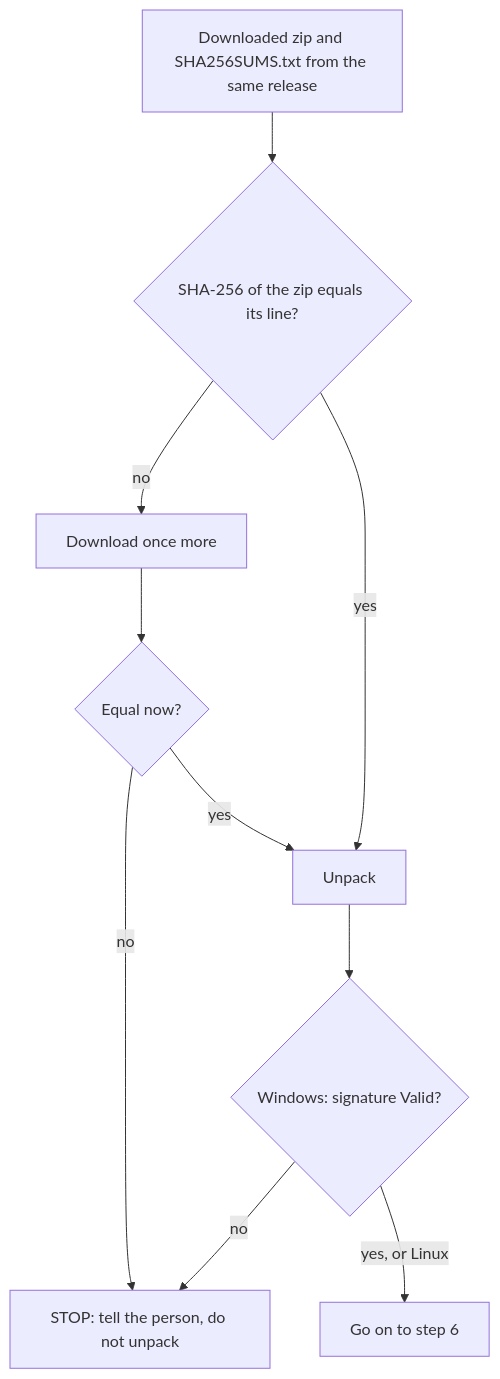
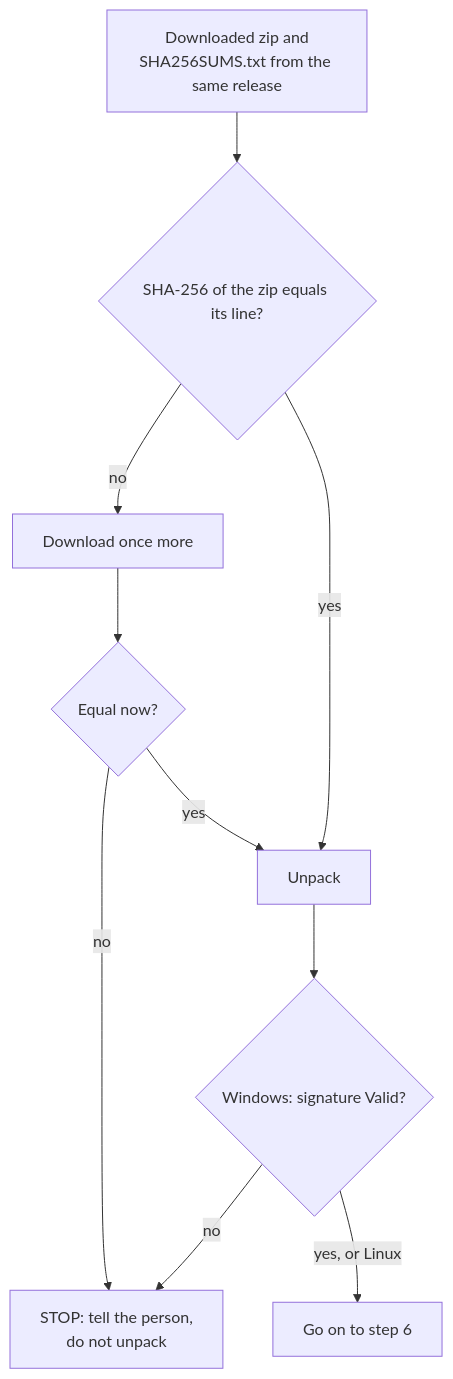
The diagram in docs/AGENT_INSTALL.md (DogmaSolutions/Kyklos), drawn with Mermaid before and after one commit. The commit also changed 38 other files, not shown here.

````diff
--- a/docs/AGENT_INSTALL.md
+++ b/docs/AGENT_INSTALL.md
@@ -293,12 +293,12 @@
 ```mermaid
 flowchart TD
-    D["Downloaded zip and SHA256SUMS.txt from the same release"] --> H{"SHA-256 of the zip equals its line?"}
+    D["Downloaded zip and<br/>SHA256SUMS.txt from the same release"] --> H{"SHA-256 of the zip equals its line?"}
     H -->|"no"| R["Download once more"]
     R --> H2{"Equal now?"}
-    H2 -->|"no"| S["STOP: tell the person, do not unpack"]
+    H2 -->|"no"| S["STOP: tell the person,<br/>do not unpack"]
     H2 -->|"yes"| U
     H -->|"yes"| U["Unpack"]
     U --> W{"Windows: signature Valid?"}
     W -->|"no"| S
     W -->|"yes, or Linux"| N["Go on to step 6"]
 ```
````
